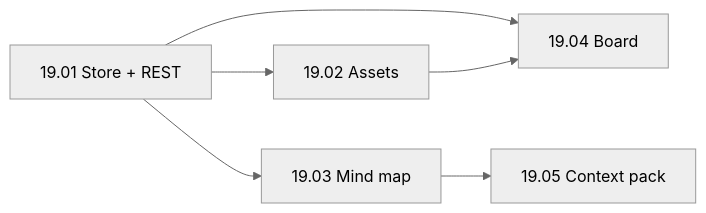
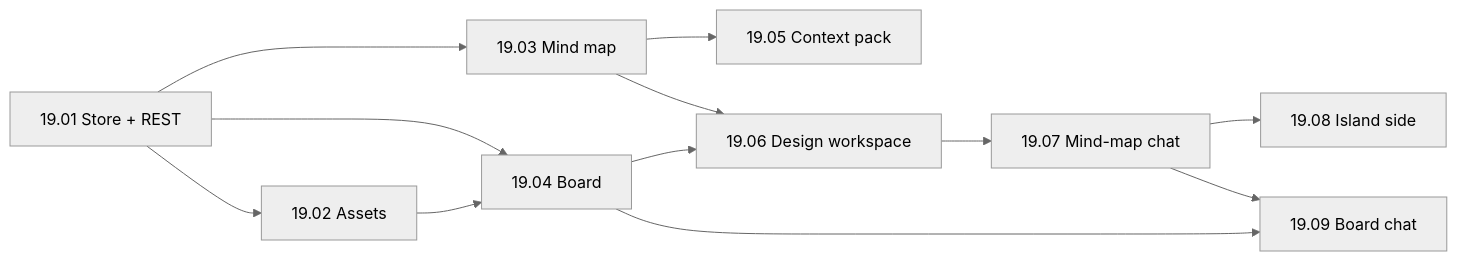
The diagram in docs/harness-evolution/02-epics/EP-19-canvas/README.md (matheussanabria/harnness-leca), drawn with Mermaid (neutral theme) before and after one commit. The commit also changed other lines of this file and 13 other files, not shown here.

````diff
--- a/docs/harness-evolution/02-epics/EP-19-canvas/README.md
+++ b/docs/harness-evolution/02-epics/EP-19-canvas/README.md
@@ -42,8 +46,14 @@
 ```mermaid
 flowchart LR
     S01["19.01 Store + REST"] --> S02["19.02 Assets"]
     S01 --> S03["19.03 Mind map"]
     S01 --> S04["19.04 Board"]
     S02 --> S04
     S03 --> S05["19.05 Context pack"]
+    S03 --> S06["19.06 Design workspace"]
+    S04 --> S06
+    S06 --> S07["19.07 Mind-map chat"]
+    S07 --> S08["19.08 Island side"]
+    S07 --> S09["19.09 Board chat"]
+    S04 --> S09
 ```
````
